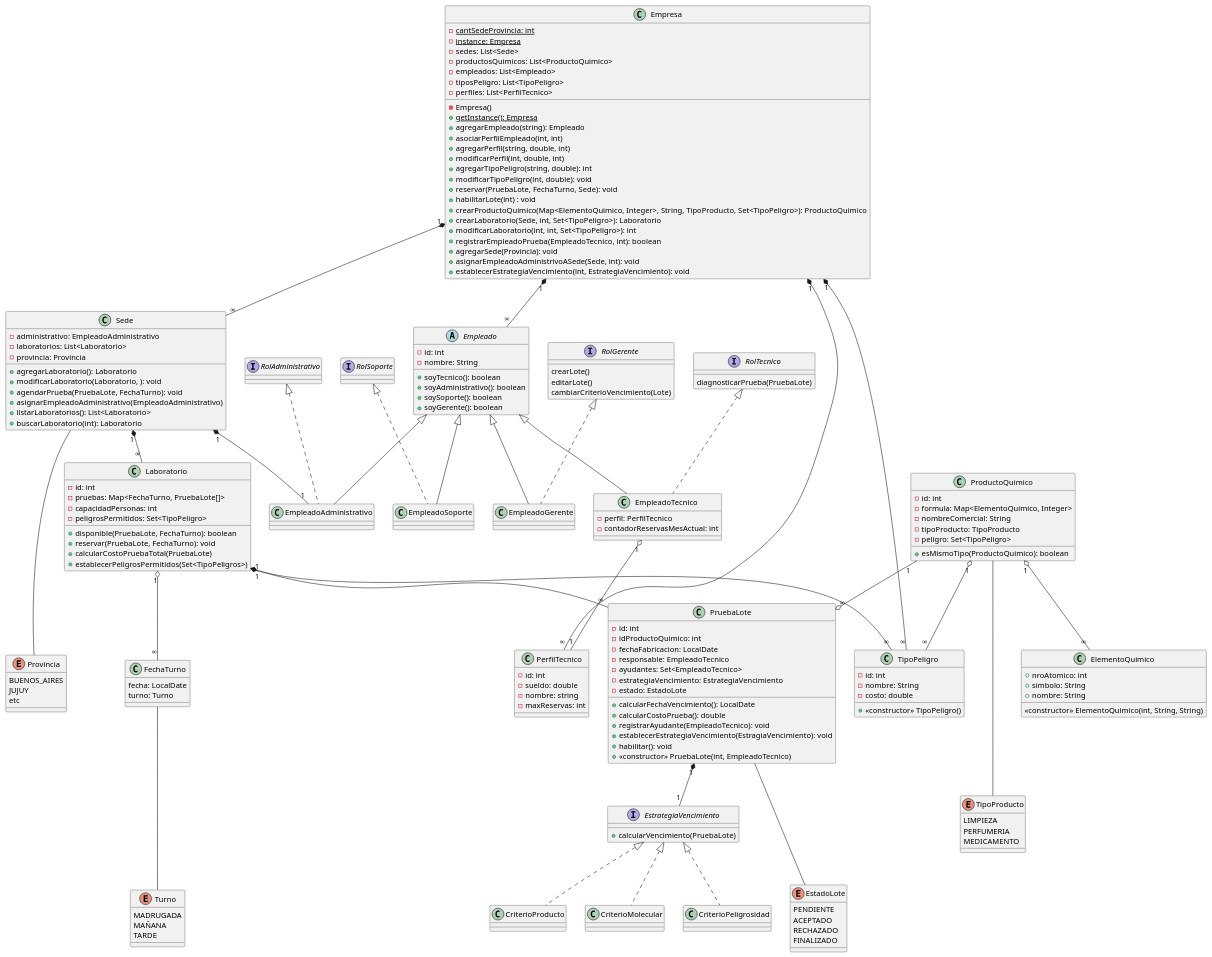
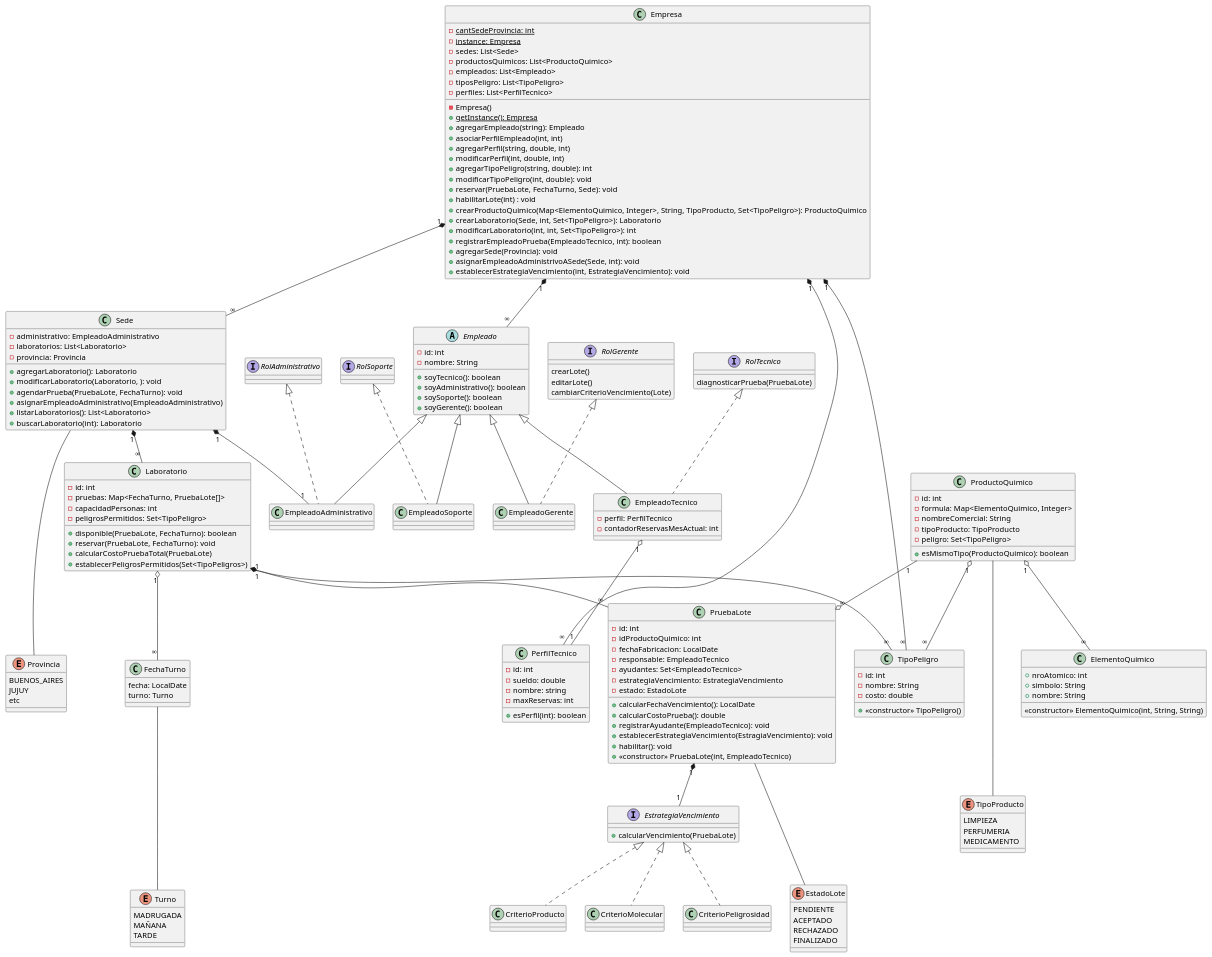
One commit to SrBigotones/UADE_TPO_OOP changed the diagram in diagramas/clases.plantuml. Above: the diagram before and after it, drawn with PlantUML. The commit also changed 1 other file, not shown here.

Commit message:
Diagrama de secuencia de modificar perfil

```diff
--- a/diagramas/clases.plantuml
+++ b/diagramas/clases.plantuml
@@ -151,6 +151,7 @@
   - sueldo: double
   - nombre: string
   - maxReservas: int
+  + esPerfil(int): boolean /'idPerfil'/
 }
 
 ' Se puede reservar si: '
```
